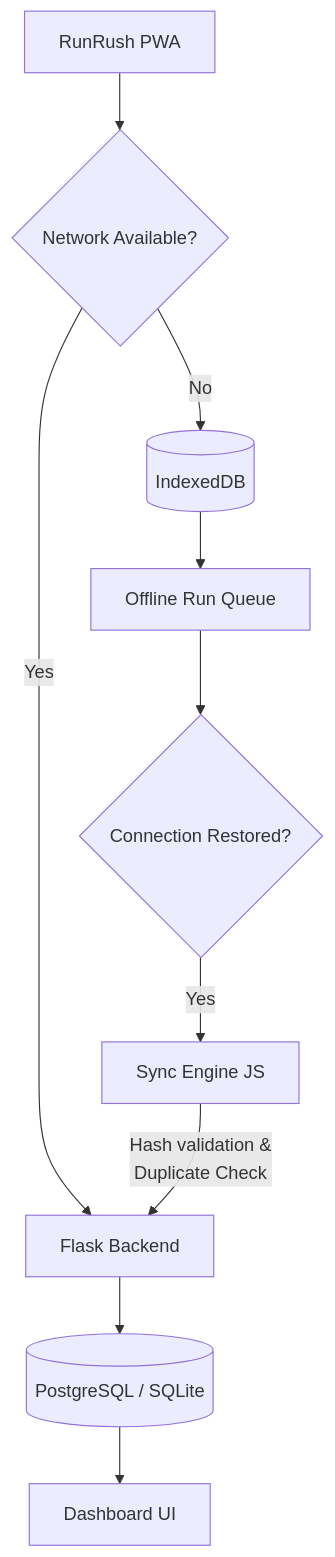
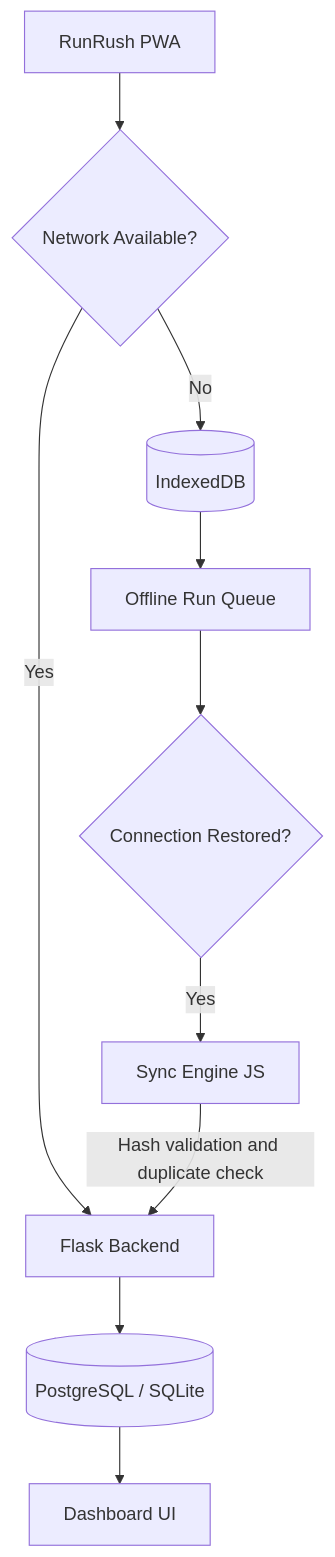
The first of 2 diagrams in README.md (Yajat-Sharma/Runrush), drawn with Mermaid before and after one commit. The commit also changed other lines of this file and 1 other file, not shown here.

````diff
--- a/README.md
+++ b/README.md
@@ -61,17 +81,12 @@
 ```mermaid
 flowchart TD
     A[RunRush PWA] --> B{Network Available?}
-
     B -->|Yes| C[Flask Backend]
     B -->|No| D[(IndexedDB)]
-
     D --> E[Offline Run Queue]
-
     E --> F{Connection Restored?}
-
     F -->|Yes| G[Sync Engine JS]
-    G -->|Hash validation &<br/>Duplicate Check| C
-
+    G -->|Hash validation and duplicate check| C
     C --> H[(PostgreSQL / SQLite)]
     H --> I[Dashboard UI]
 ```
````
